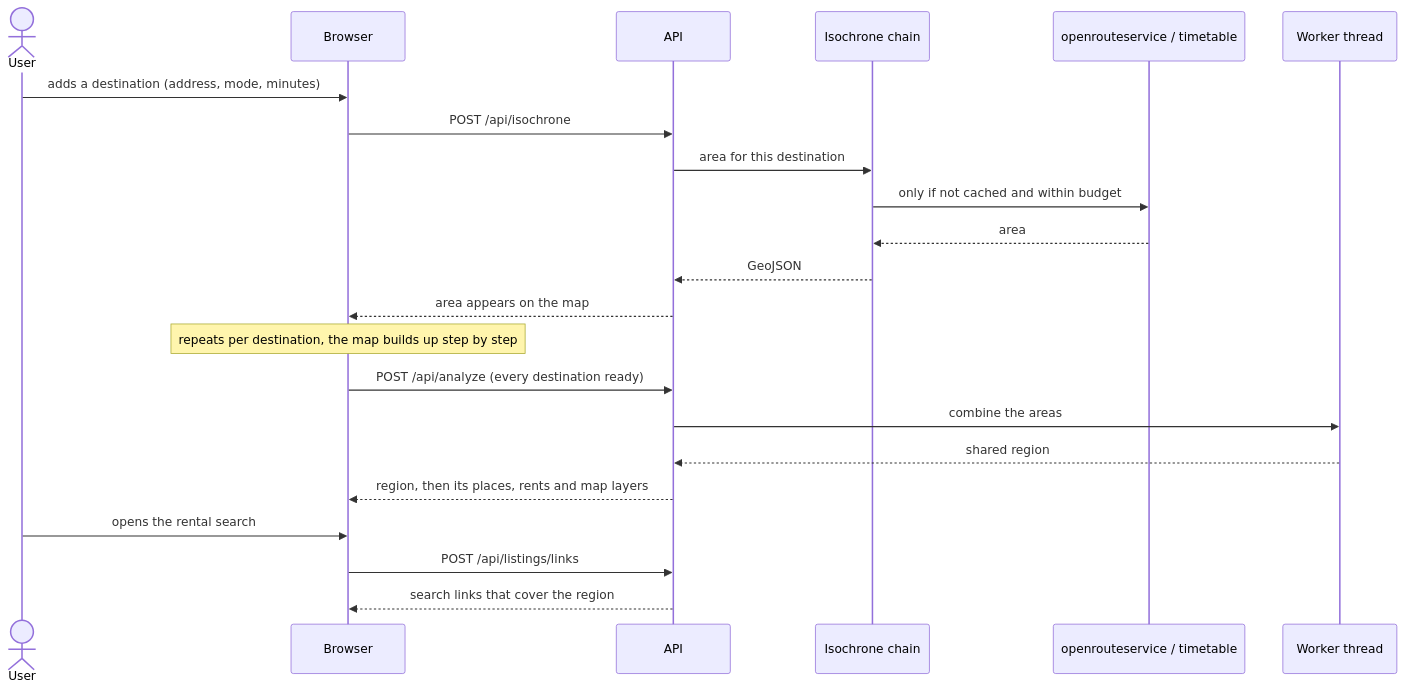
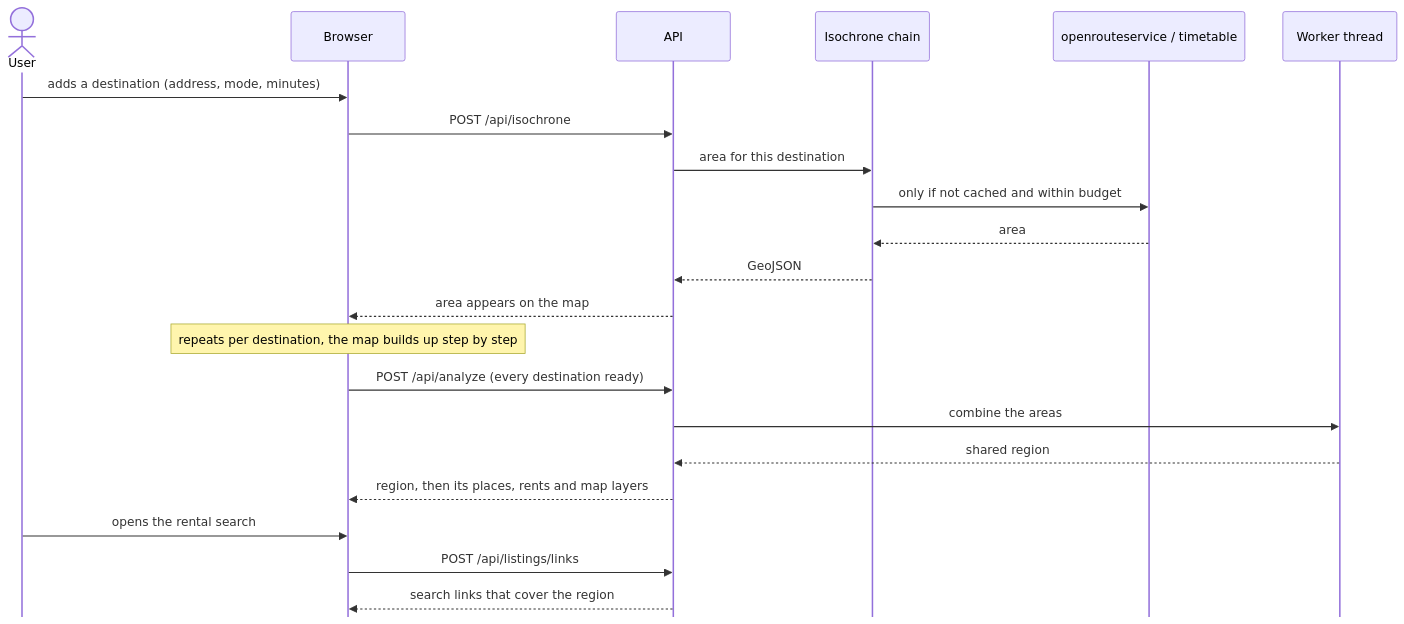
The third of 3 diagrams in README.md (loukra/wherewestay-showcase), drawn with Mermaid before and after one commit.

Commit message:
Participants only at the top of the sequence diagram
Mermaid repeats the participant row under a sequence diagram by default,
which in a diagram this short reads as every participant appearing twice.

````diff
--- a/README.md
+++ b/README.md
@@ -86,25 +86,26 @@
 ```mermaid
+%%{init: {"sequence": {"mirrorActors": false}}}%%
 sequenceDiagram
     actor User
     participant UI as Browser
     participant API as API
     participant Chain as Isochrone chain
     participant Ext as openrouteservice / timetable
     participant Worker as Worker thread
 
     User->>UI: adds a destination (address, mode, minutes)
     UI->>API: POST /api/isochrone
     API->>Chain: area for this destination
     Chain->>Ext: only if not cached and within budget
     Ext-->>Chain: area
     Chain-->>API: GeoJSON
     API-->>UI: area appears on the map
     Note over UI: repeats per destination, the map builds up step by step
     UI->>API: POST /api/analyze (every destination ready)
     API->>Worker: combine the areas
     Worker-->>API: shared region
     API-->>UI: region, then its places, rents and map layers
     User->>UI: opens the rental search
     UI->>API: POST /api/listings/links
     API-->>UI: search links that cover the region
 ```
````
